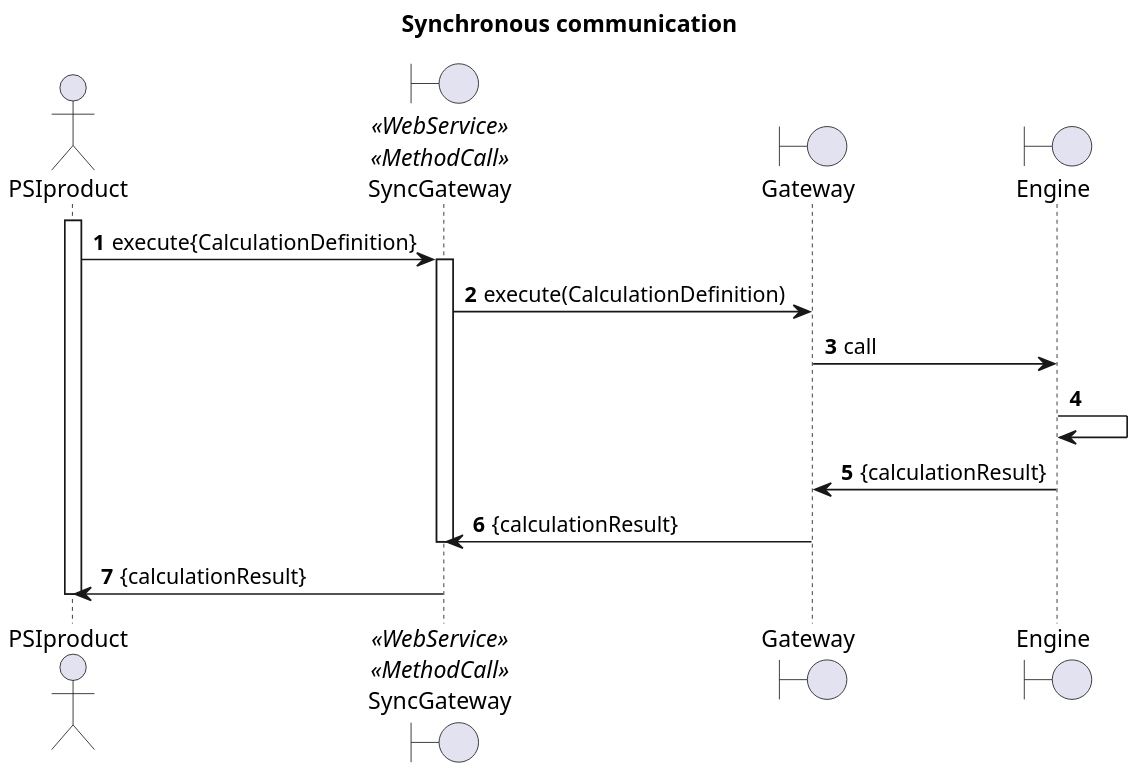
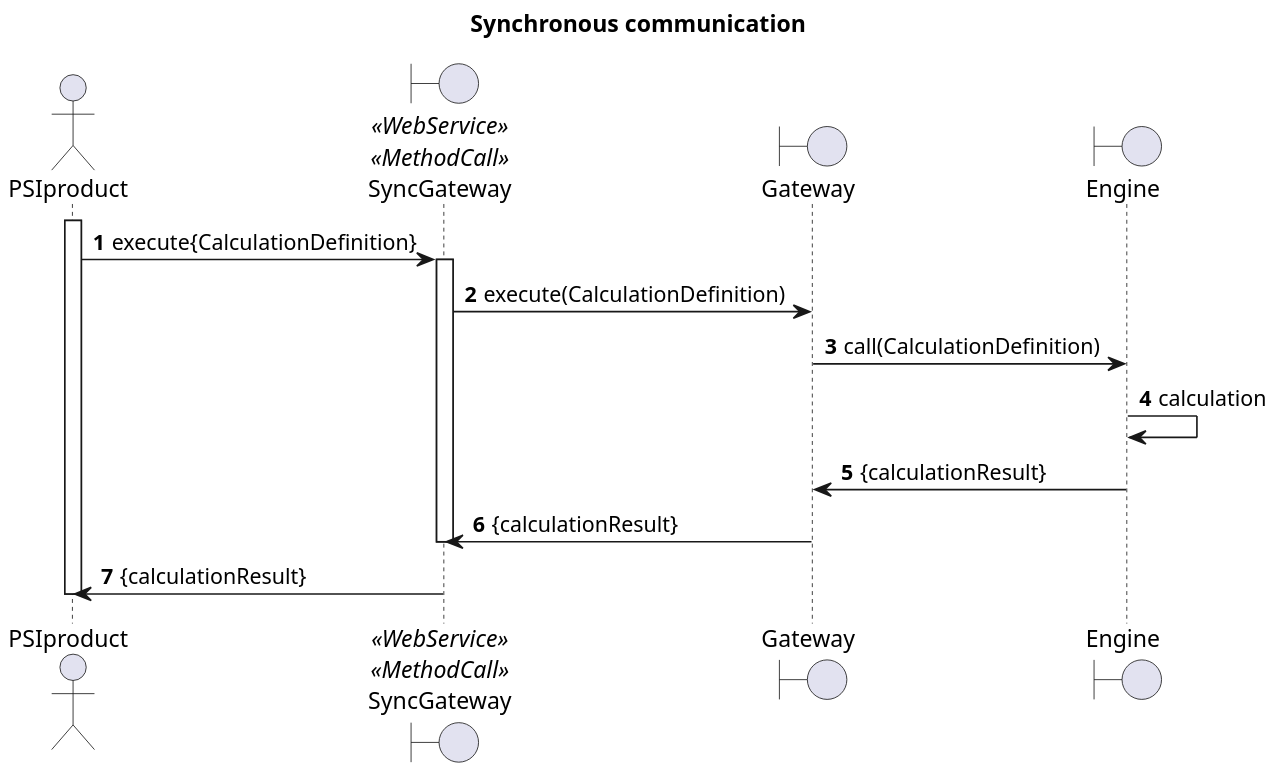
One commit to PSI-Polska/aaas-java6 changed the diagram in doc/useCases/2.1 syncCommunication.plantuml. Above: the diagram before and after it, drawn with PlantUML. The commit also changed 3 other files, not shown here.

```diff
--- a/doc/useCases/2.1 syncCommunication.plantuml
+++ b/doc/useCases/2.1 syncCommunication.plantuml
@@ -1,24 +1,25 @@
 @startuml
 skinparam dpi 200
+skinparam backgroundColor transparent
 
 title Synchronous communication
 
 actor PSIproduct
 boundary SyncGateway as Sync <<WebService>> <<MethodCall>>
 boundary Gateway
 boundary Engine as Engine
 
 autonumber
 activate PSIproduct
 PSIproduct -> Sync: execute{CalculationDefinition}
 activate Sync
 Sync -> Gateway: execute(CalculationDefinition)
-Gateway -> Engine: call
-Engine -> Engine
+Gateway -> Engine: call(CalculationDefinition)
+Engine -> Engine: calculation
 Engine -> Gateway: {calculationResult}
 Gateway -> Sync: {calculationResult}
 deactivate Sync
 Sync -> PSIproduct: {calculationResult}
 deactivate PSIproduct
 
 @enduml
```
